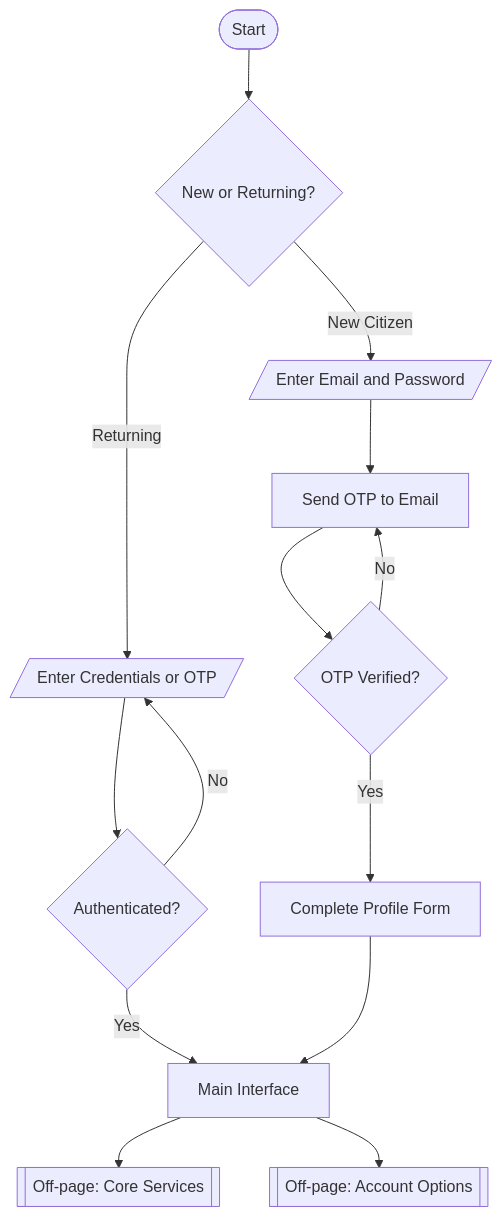
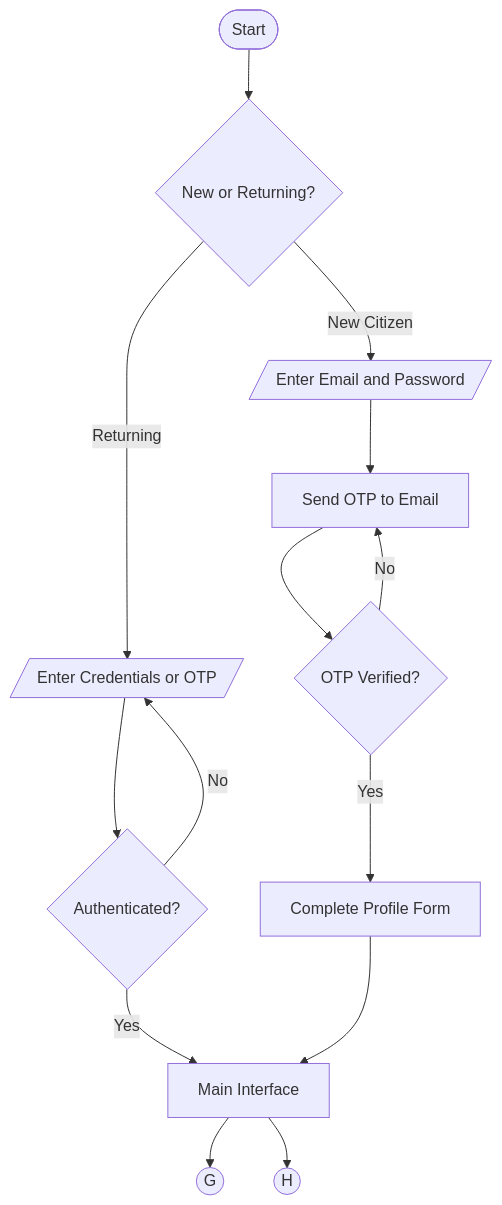
One commit to Jechrispotato/Refractor changed diagram 18 of 33 in Manuscript/diagrams.md. Above: the diagram before and after it, drawn with Mermaid. The commit also changed other lines of this file and 2 other files, not shown here.

````diff
--- a/Manuscript/diagrams.md
+++ b/Manuscript/diagrams.md
@@ -354,16 +354,16 @@
 ```mermaid
 flowchart TD
     Start([Start]) --> Choice{New or Returning?}
     Choice -->|New Citizen| SignUp[/Enter Email and Password/]
     Choice -->|Returning| Login[/Enter Credentials or OTP/]
     SignUp --> OTP[Send OTP to Email]
     OTP --> Verify{OTP Verified?}
     Verify -->|No| OTP
     Verify -->|Yes| Profile[Complete Profile Form]
     Login --> Auth{Authenticated?}
     Auth -->|No| Login
     Auth -->|Yes| Main[Main Interface]
     Profile --> Main
-    Main --> OP1[[Off-page: Core Services]]
-    Main --> OP2[[Off-page: Account Options]]
+    Main --> OP1((G))
+    Main --> OP2((H))
 ```
````
